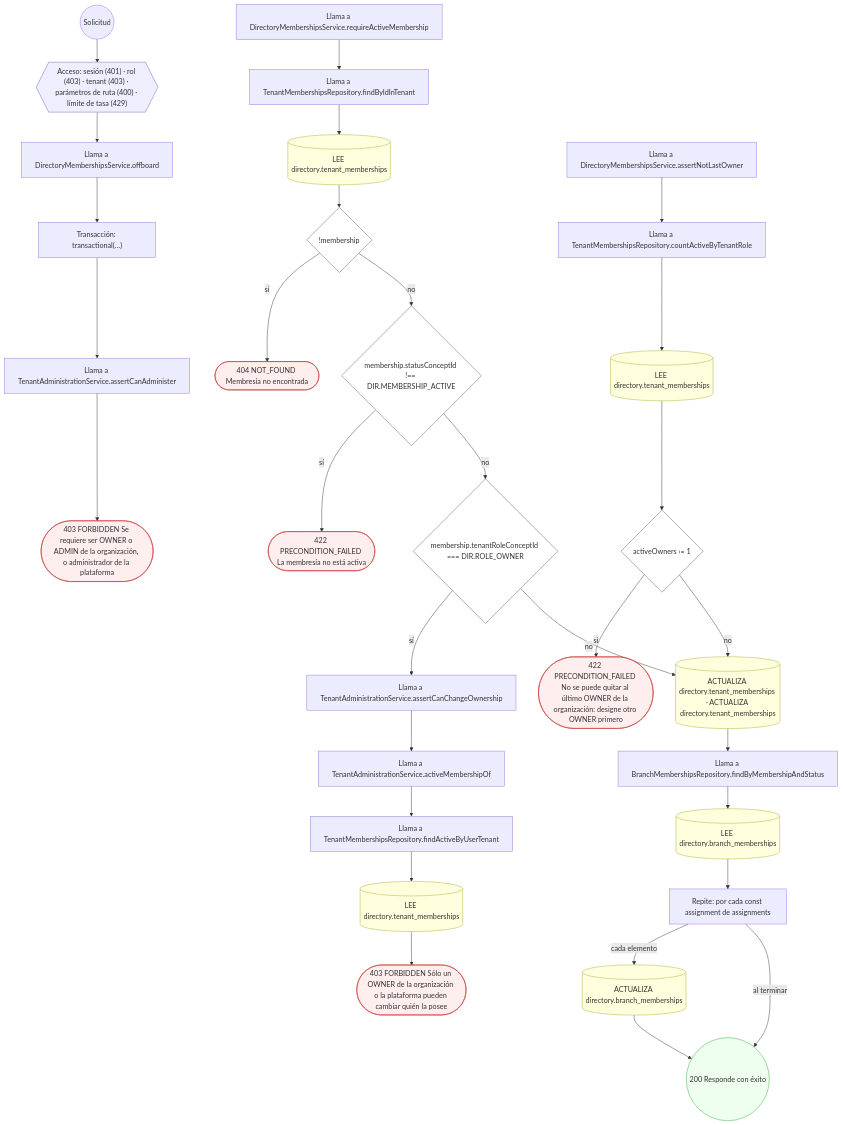
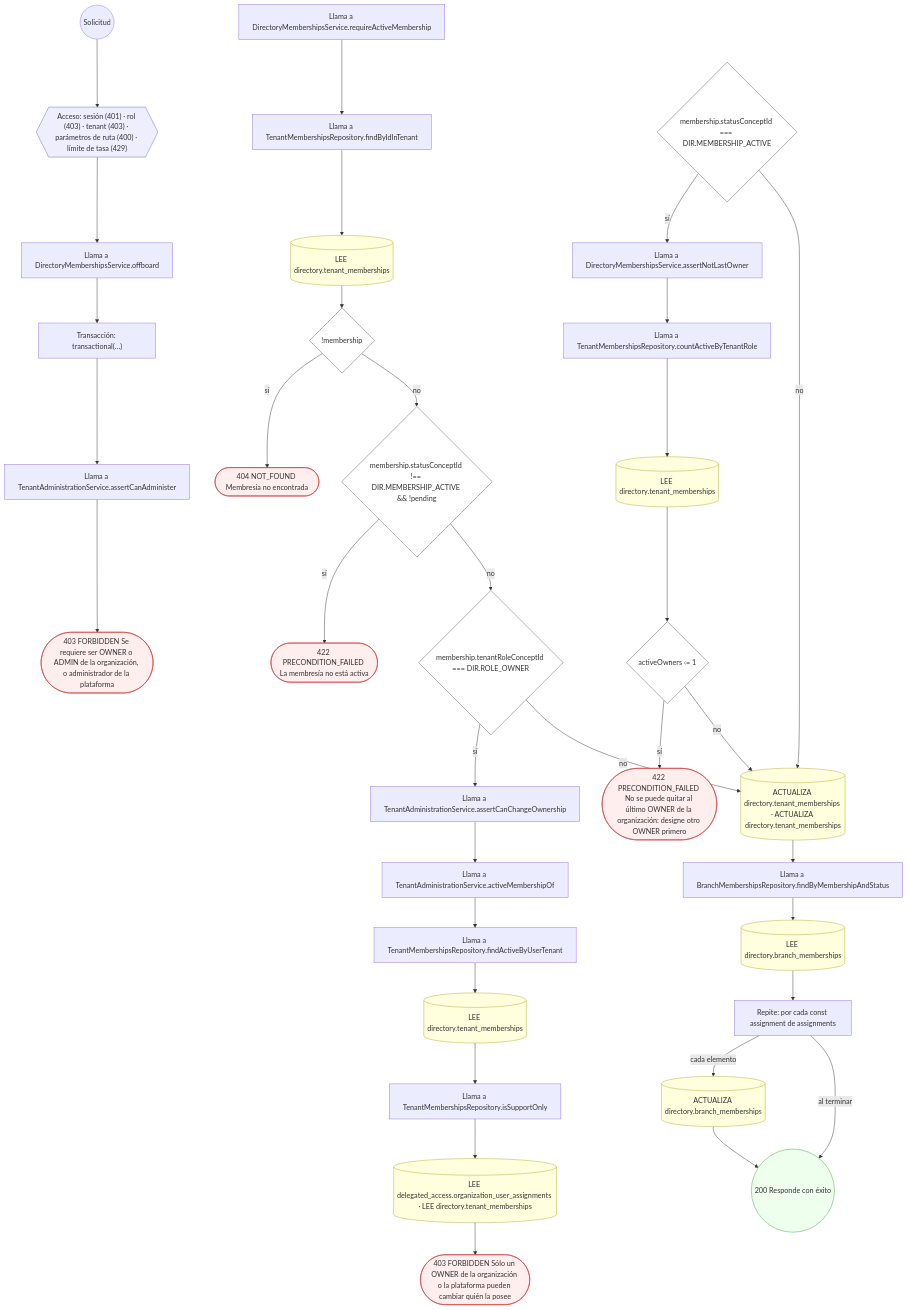
One commit to mdavila-2001/mantra-core-health-api changed diagram 23 of 30 in docs/inventario/flujos/directory.md. Above: the diagram before and after it, drawn with Mermaid. The commit also changed other lines of this file and 1040 other files, not shown here.

````diff
--- a/docs/inventario/flujos/directory.md
+++ b/docs/inventario/flujos/directory.md
@@ -2112,68 +2192,75 @@
 ```mermaid
 flowchart TD
   n1(("Solicitud")):::inicio
   n2{{"Acceso: sesión (401) · rol (403) · tenant (403) · parámetros de ruta (400) · límite de tasa (429)"}}:::acceso
   n1 --> n2
   n3["Llama a DirectoryMembershipsService.offboard"]:::llamada
   n2 --> n3
   n4["Transacción: transactional(…)"]:::transaccion
   n3 --> n4
   n5["Llama a TenantAdministrationService.assertCanAdminister"]:::llamada
   n4 --> n5
   n6(["403 FORBIDDEN Se requiere ser OWNER o ADMIN de la organización, o administrador de la plataforma"]):::error
   n5 --> n6
   n7["Llama a DirectoryMembershipsService.requireActiveMembership"]:::llamada
   n8["Llama a TenantMembershipsRepository.findByIdInTenant"]:::llamada
   n7 --> n8
   n9[("LEE directory.tenant_memberships")]:::efecto
   n8 --> n9
   n10{"!membership"}:::decision
   n9 --> n10
   n11(["404 NOT_FOUND Membresía no encontrada"]):::error
   n10 -->|"sí"| n11
-  n12{"membership.statusConceptId !== DIR.MEMBERSHIP_ACTIVE"}:::decision
+  n12{"membership.statusConceptId !== DIR.MEMBERSHIP_ACTIVE && !pending"}:::decision
   n10 -->|"no"| n12
   n13(["422 PRECONDITION_FAILED La membresía no está activa"]):::error
   n12 -->|"sí"| n13
   n14{"membership.tenantRoleConceptId === DIR.ROLE_OWNER"}:::decision
   n12 -->|"no"| n14
   n15["Llama a TenantAdministrationService.assertCanChangeOwnership"]:::llamada
   n14 -->|"sí"| n15
   n16["Llama a TenantAdministrationService.activeMembershipOf"]:::llamada
   n15 --> n16
   n17["Llama a TenantMembershipsRepository.findActiveByUserTenant"]:::llamada
   n16 --> n17
   n18[("LEE directory.tenant_memberships")]:::efecto
   n17 --> n18
-  n19(["403 FORBIDDEN Sólo un OWNER de la organización o la plataforma pueden cambiar quién la posee"]):::error
+  n19["Llama a TenantMembershipsRepository.isSupportOnly"]:::llamada
   n18 --> n19
-  n20["Llama a DirectoryMembershipsService.assertNotLastOwner"]:::llamada
-  n21["Llama a TenantMembershipsRepository.countActiveByTenantRole"]:::llamada
+  n20[("LEE delegated_access.organization_user_assignments · LEE directory.tenant_memberships")]:::efecto
+  n19 --> n20
+  n21(["403 FORBIDDEN Sólo un OWNER de la organización o la plataforma pueden cambiar quién la posee"]):::error
   n20 --> n21
-  n22[("LEE directory.tenant_memberships")]:::efecto
-  n21 --> n22
-  n23{"activeOwners ‹= 1"}:::decision
-  n22 --> n23
-  n24(["422 PRECONDITION_FAILED No se puede quitar al último OWNER de la organización: designe otro OWNER primero"]):::error
-  n23 -->|"sí"| n24
-  n25[("ACTUALIZA directory.tenant_memberships · ACTUALIZA directory.tenant_memberships")]:::efecto
-  n23 -->|"no"| n25
-  n14 -->|"no"| n25
-  n26["Llama a BranchMembershipsRepository.findByMembershipAndStatus"]:::llamada
+  n22{"membership.statusConceptId === DIR.MEMBERSHIP_ACTIVE"}:::decision
+  n23["Llama a DirectoryMembershipsService.assertNotLastOwner"]:::llamada
+  n22 -->|"sí"| n23
+  n24["Llama a TenantMembershipsRepository.countActiveByTenantRole"]:::llamada
+  n23 --> n24
+  n25[("LEE directory.tenant_memberships")]:::efecto
+  n24 --> n25
+  n26{"activeOwners ‹= 1"}:::decision
   n25 --> n26
-  n27[("LEE directory.branch_memberships")]:::efecto
-  n26 --> n27
-  n28["Repite: por cada const assignment de assignments"]:::bucle
-  n27 --> n28
-  n29[("ACTUALIZA directory.branch_memberships")]:::efecto
-  n28 -->|"cada elemento"| n29
-  n30(("200 Responde con éxito")):::ok
+  n27(["422 PRECONDITION_FAILED No se puede quitar al último OWNER de la organización: designe otro OWNER primero"]):::error
+  n26 -->|"sí"| n27
+  n28[("ACTUALIZA directory.tenant_memberships · ACTUALIZA directory.tenant_memberships")]:::efecto
+  n26 -->|"no"| n28
+  n22 -->|"no"| n28
+  n14 -->|"no"| n28
+  n29["Llama a BranchMembershipsRepository.findByMembershipAndStatus"]:::llamada
+  n28 --> n29
+  n30[("LEE directory.branch_memberships")]:::efecto
   n29 --> n30
-  n28 -->|"al terminar"| n30
+  n31["Repite: por cada const assignment de assignments"]:::bucle
+  n30 --> n31
+  n32[("ACTUALIZA directory.branch_memberships")]:::efecto
+  n31 -->|"cada elemento"| n32
+  n33(("200 Responde con éxito")):::ok
+  n32 --> n33
+  n31 -->|"al terminar"| n33
   classDef acceso fill:#eef,stroke:#66a
   classDef error fill:#fee,stroke:#c33
   classDef ok fill:#efe,stroke:#3a3
   classDef efecto fill:#ffd,stroke:#aa3
   classDef decision fill:#fff,stroke:#555
   classDef corte fill:#eee,stroke:#999,stroke-dasharray: 4
 ```
````
